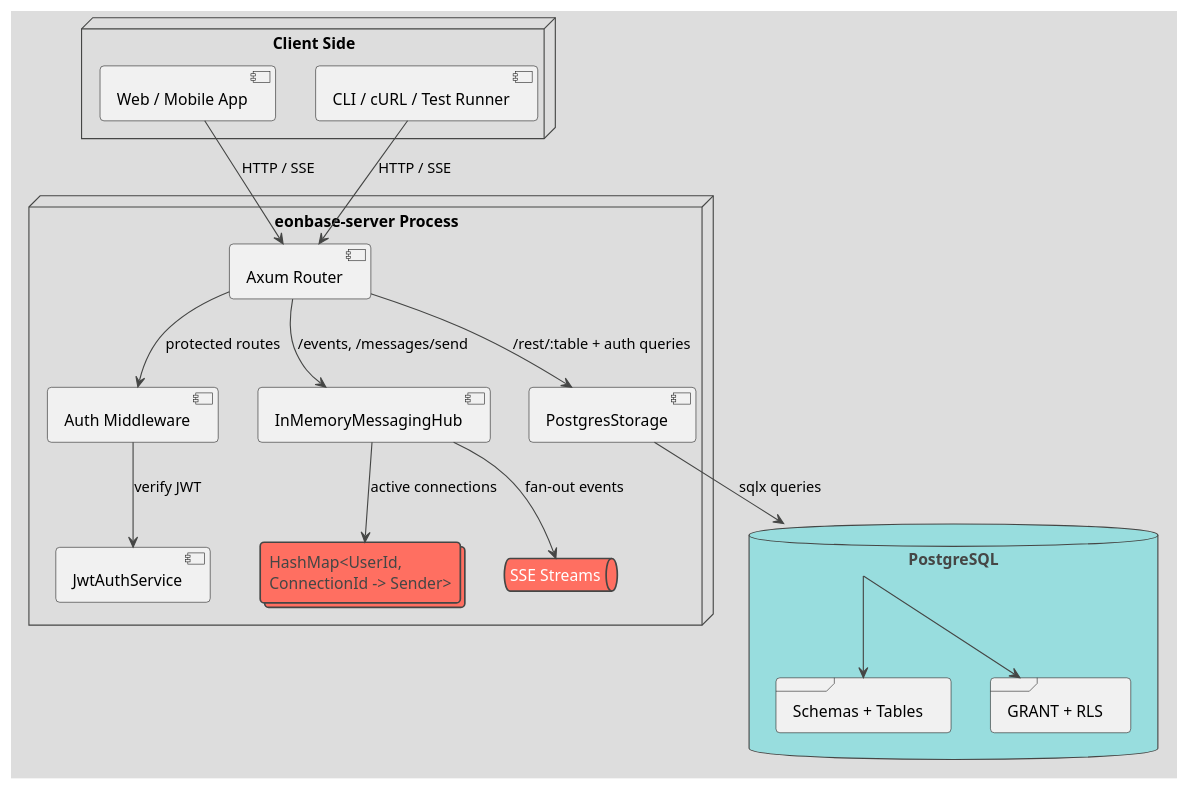
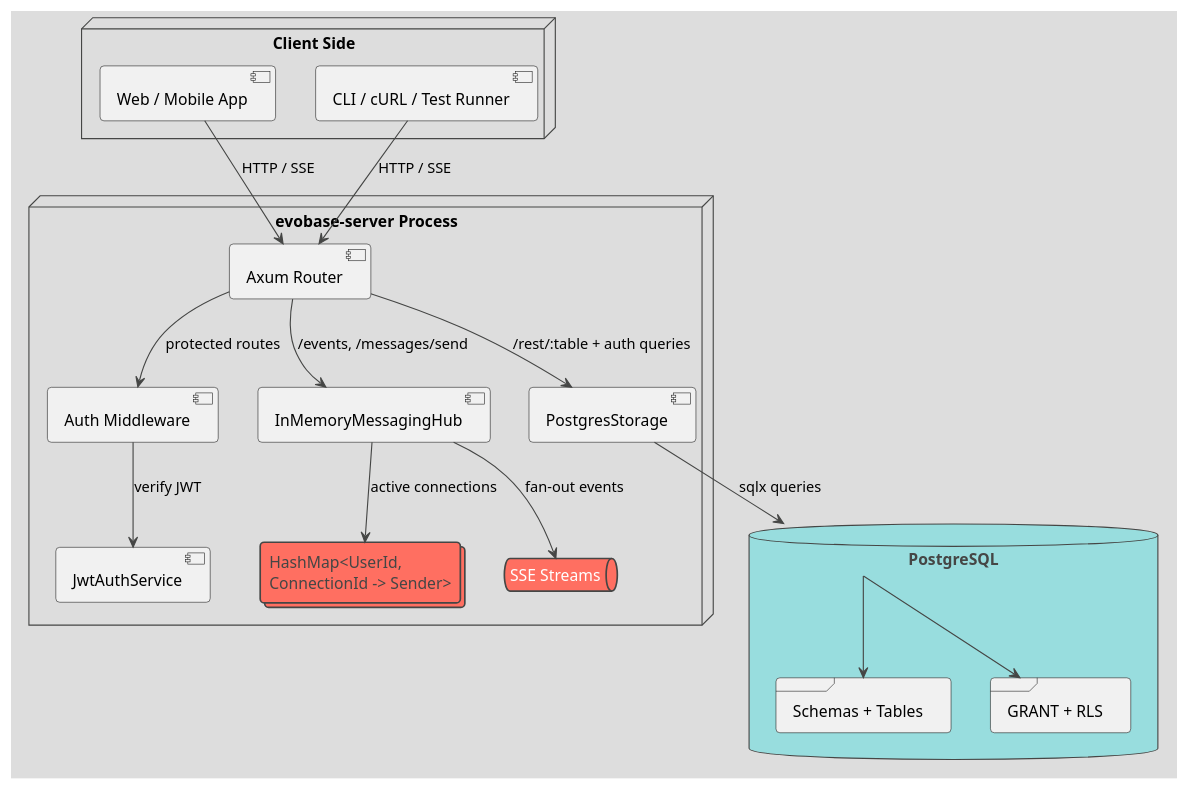
One commit to loveoverflowcom/evobase changed the diagram in docs/diagrams/06_runtime_deployment.puml. Above: the diagram before and after it, drawn with PlantUML. The commit also changed 47 other files, not shown here.

```diff
--- a/docs/diagrams/06_runtime_deployment.puml
+++ b/docs/diagrams/06_runtime_deployment.puml
@@ -1,37 +1,37 @@
-@startuml Eonbase_Runtime_Deployment
+@startuml Evobase_Runtime_Deployment
 !theme toy
 skinparam componentStyle uml2
 
 node "Client Side" {
     [Web / Mobile App] as client_app
     [CLI / cURL / Test Runner] as cli
 }
 
-node "eonbase-server Process" as server {
+node "evobase-server Process" as server {
     component "Axum Router" as router
     component "Auth Middleware" as middleware
     component "JwtAuthService" as auth
     component "InMemoryMessagingHub" as hub
     component "PostgresStorage" as storage
     collections "HashMap<UserId,\nConnectionId -> Sender>" as memory
     queue "SSE Streams" as sse
 }
 
 database "PostgreSQL" as pg {
     frame "Schemas + Tables" as db_objects
     frame "GRANT + RLS" as security
 }
 
 client_app --> router : HTTP / SSE
 cli --> router : HTTP / SSE
 
 router --> middleware : protected routes
 middleware --> auth : verify JWT
 router --> hub : /events, /messages/send
 hub --> memory : active connections
 hub --> sse : fan-out events
 router --> storage : /rest/:table + auth queries
 storage --> pg : sqlx queries
 pg --> security
 pg --> db_objects
 @enduml
```
